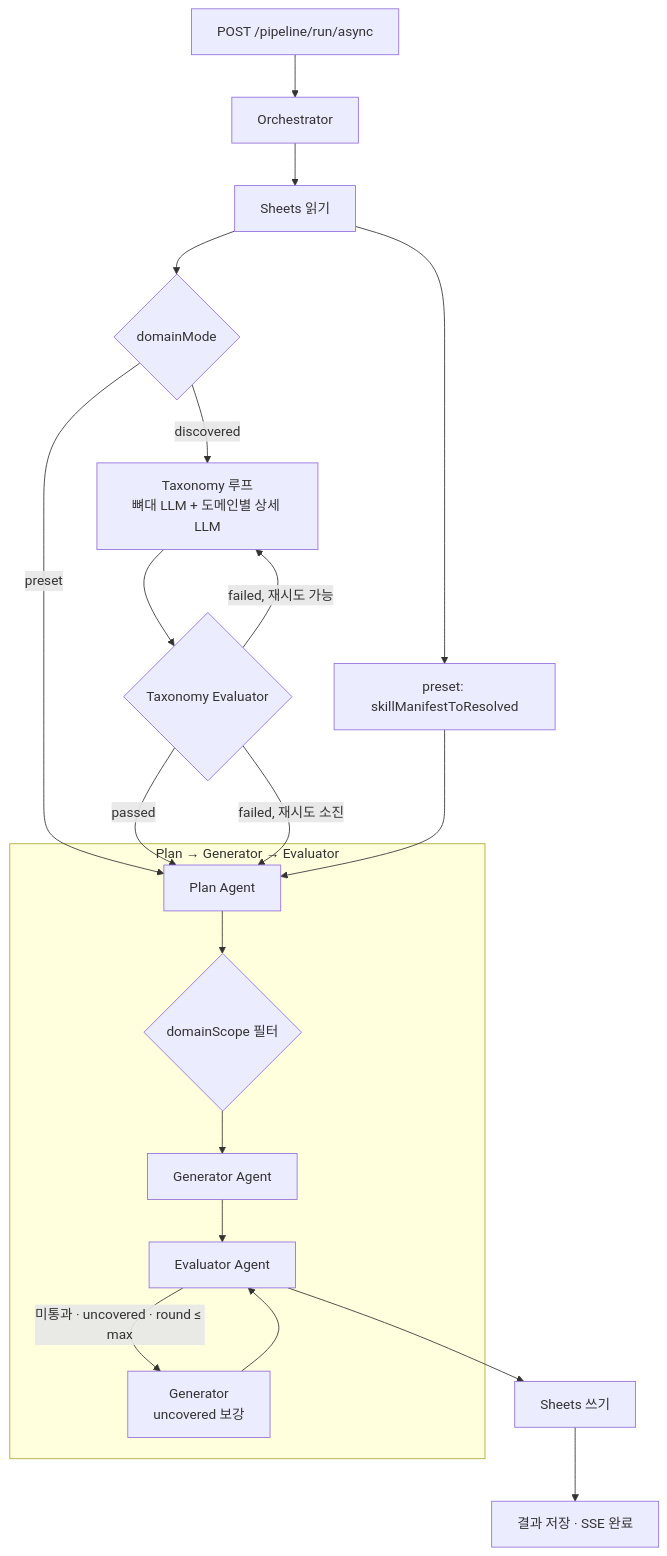
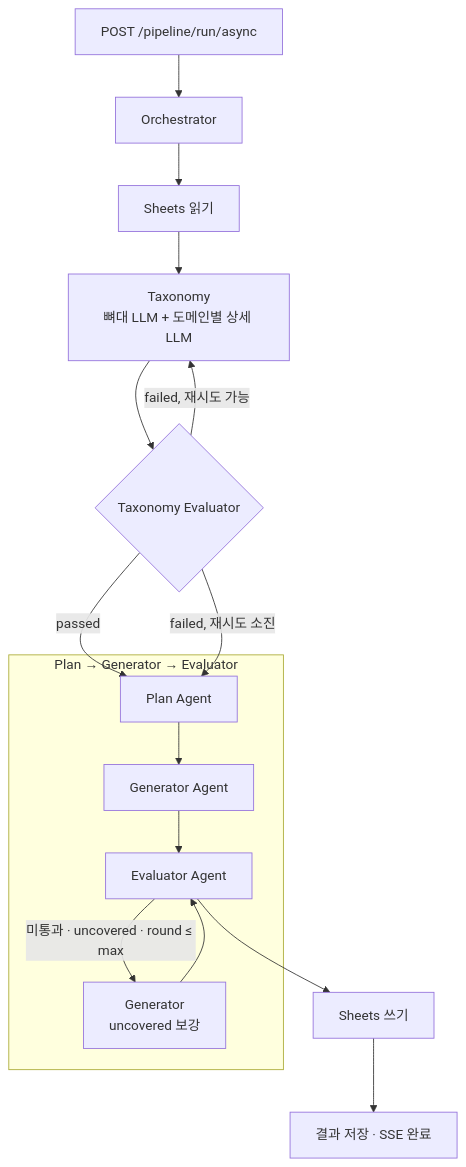
One commit to hrk-day1/waterbean changed the second of 2 diagrams in README.md. Above: the diagram before and after it, drawn with Mermaid. The commit also changed other lines of this file and 27 other files, not shown here.

````diff
--- a/README.md
+++ b/README.md
@@ -193,31 +182,23 @@
 ```mermaid
 flowchart TD
     API["POST /pipeline/run/async"] --> Orch["Orchestrator"]
 
     Orch --> ReadSheet["Sheets 읽기"]
-    ReadSheet --> ResolvePreset["preset: skillManifestToResolved"]
-
-    ReadSheet --> Branch{domainMode}
-
-    Branch -->|preset| Plan
-    Branch -->|discovered| TaxLoop["Taxonomy 루프\n뼈대 LLM + 도메인별 상세 LLM"]
+    ReadSheet --> TaxLoop["Taxonomy\n뼈대 LLM + 도메인별 상세 LLM"]
 
     TaxLoop --> TaxEval{Taxonomy Evaluator}
     TaxEval -->|passed| Plan
     TaxEval -->|failed, 재시도 가능| TaxLoop
     TaxEval -->|failed, 재시도 소진| Plan
 
-    ResolvePreset --> Plan
-
     subgraph pipeline [Plan → Generator → Evaluator]
         Plan["Plan Agent"]
-        Plan --> Scope{"domainScope 필터"}
-        Scope --> Gen["Generator Agent"]
+        Plan --> Gen["Generator Agent"]
         Gen --> Eval["Evaluator Agent"]
         Eval -->|"미통과 · uncovered · round ≤ max"| FallbackGen["Generator\nuncovered 보강"]
         FallbackGen --> Eval
     end
 
     Eval --> WriteSheet["Sheets 쓰기"]
     WriteSheet --> Complete["결과 저장 · SSE 완료"]
 ```
````
